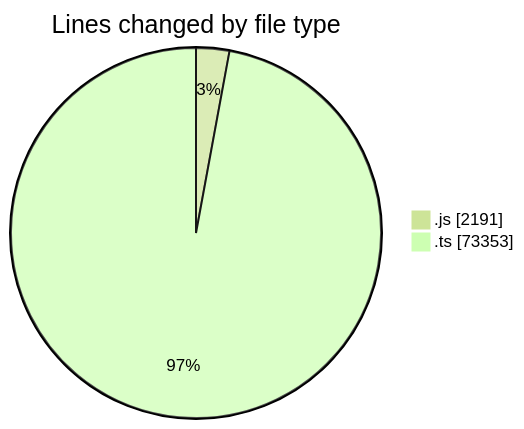
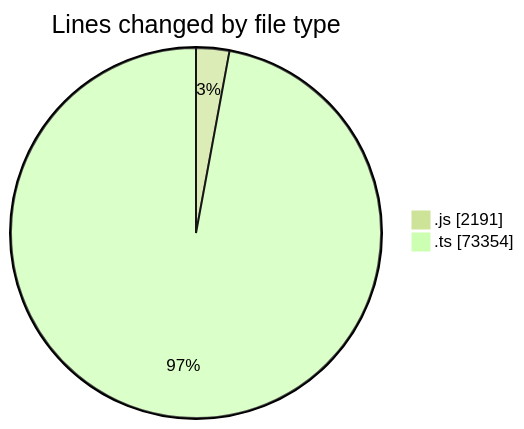
Before and after one commit to momahboobian/code-tracking: the first of 2 diagrams in 2025-06-19/cda/README.md, drawn with Mermaid (forest theme). The commit also changed other lines of this file and 1 other file, not shown here.

````diff
--- a/2025-06-19/cda/README.md
+++ b/2025-06-19/cda/README.md
@@ -40,6 +40,6 @@
 ```mermaid
 pie showData
 title Lines changed by file type
 ".js" : 2191
-".ts" : 73353
+".ts" : 73354
 ```
````
